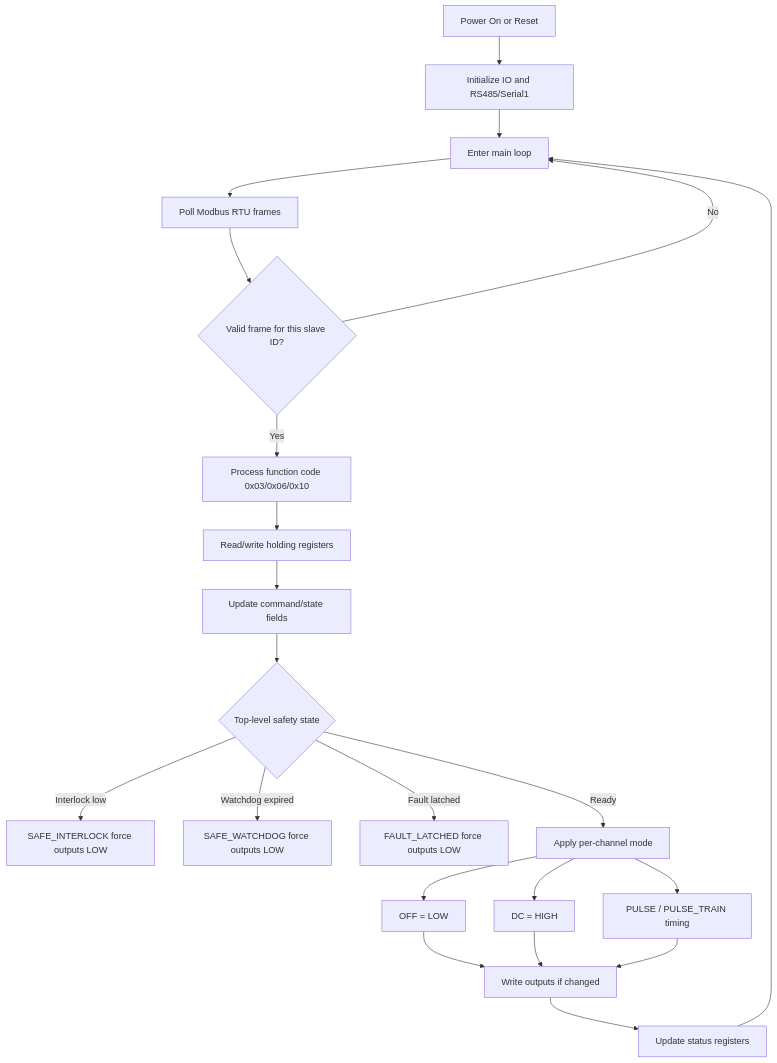
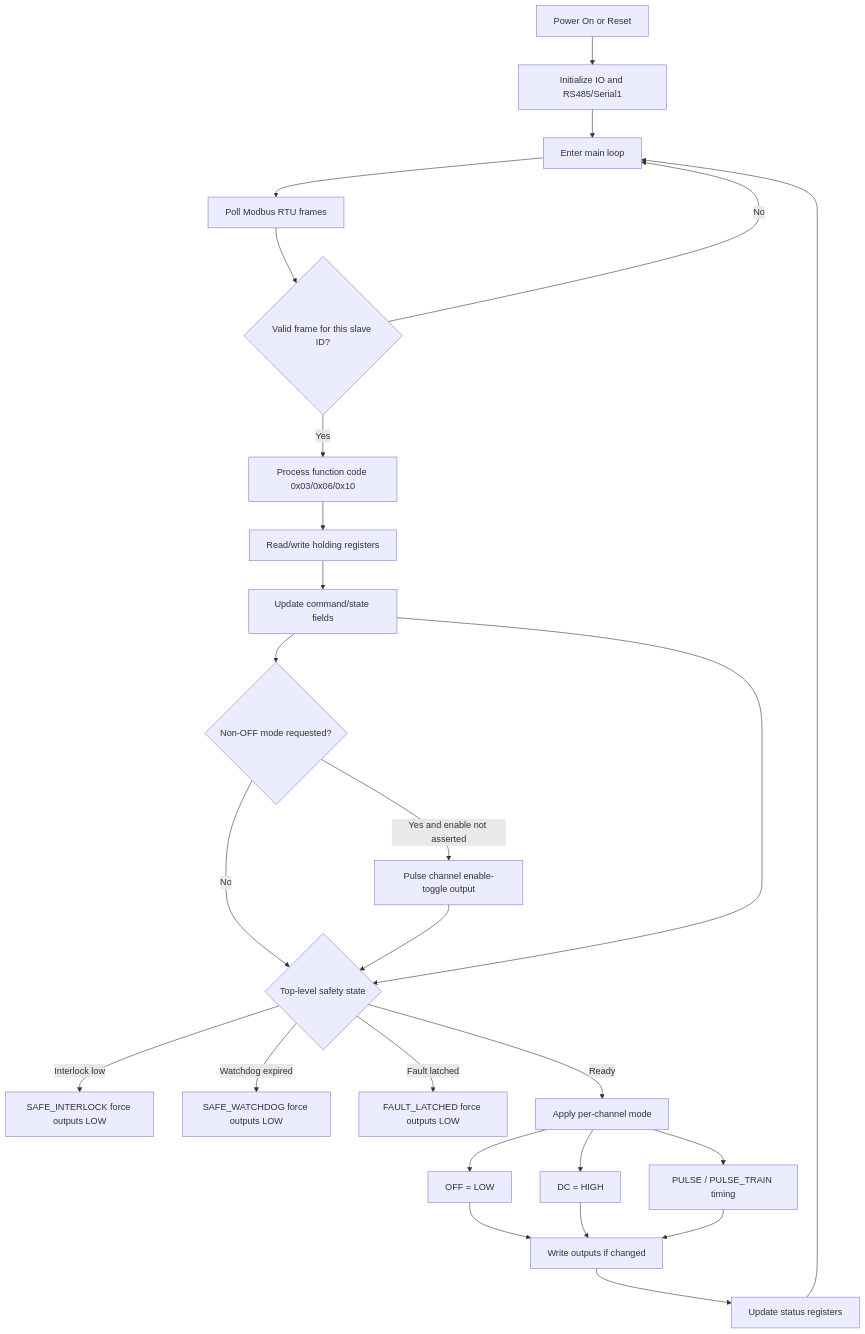
One commit to uw-loci/beam-controller changed the diagram in README.md. Above: the diagram before and after it, drawn with Mermaid. The commit also changed other lines of this file and 2 other files, not shown here.

Commit message:
Added enable pin toggle and pulser_test_gui.py

````diff
--- a/README.md
+++ b/README.md
@@ -100,28 +113,32 @@
 ```mermaid
 flowchart TD
   A[Power On or Reset] --> B[Initialize IO and RS485/Serial1]
   B --> C[Enter main loop]
 
   C --> D[Poll Modbus RTU frames]
   D --> E{Valid frame for this slave ID?}
   E -- No --> C
   E -- Yes --> F[Process function code 0x03/0x06/0x10]
   F --> G[Read/write holding registers]
   G --> H[Update command/state fields]
+  H --> H2{Non-OFF mode requested?}
+  H2 -- Yes and enable not asserted --> H3[Pulse channel enable-toggle output]
+  H2 -- No --> I
+  H3 --> I
 
   H --> I{Top-level safety state}
   I -- Interlock low --> I1[SAFE_INTERLOCK force outputs LOW]
   I -- Watchdog expired --> I2[SAFE_WATCHDOG force outputs LOW]
   I -- Fault latched --> I3[FAULT_LATCHED force outputs LOW]
   I -- Ready --> J[Apply per-channel mode]
 
   J --> J1[OFF = LOW]
   J --> J2[DC = HIGH]
   J --> J3[PULSE / PULSE_TRAIN timing]
   J1 --> K[Write outputs if changed]
   J2 --> K
   J3 --> K
 
   K --> L[Update status registers]
   L --> C
 ```
````
